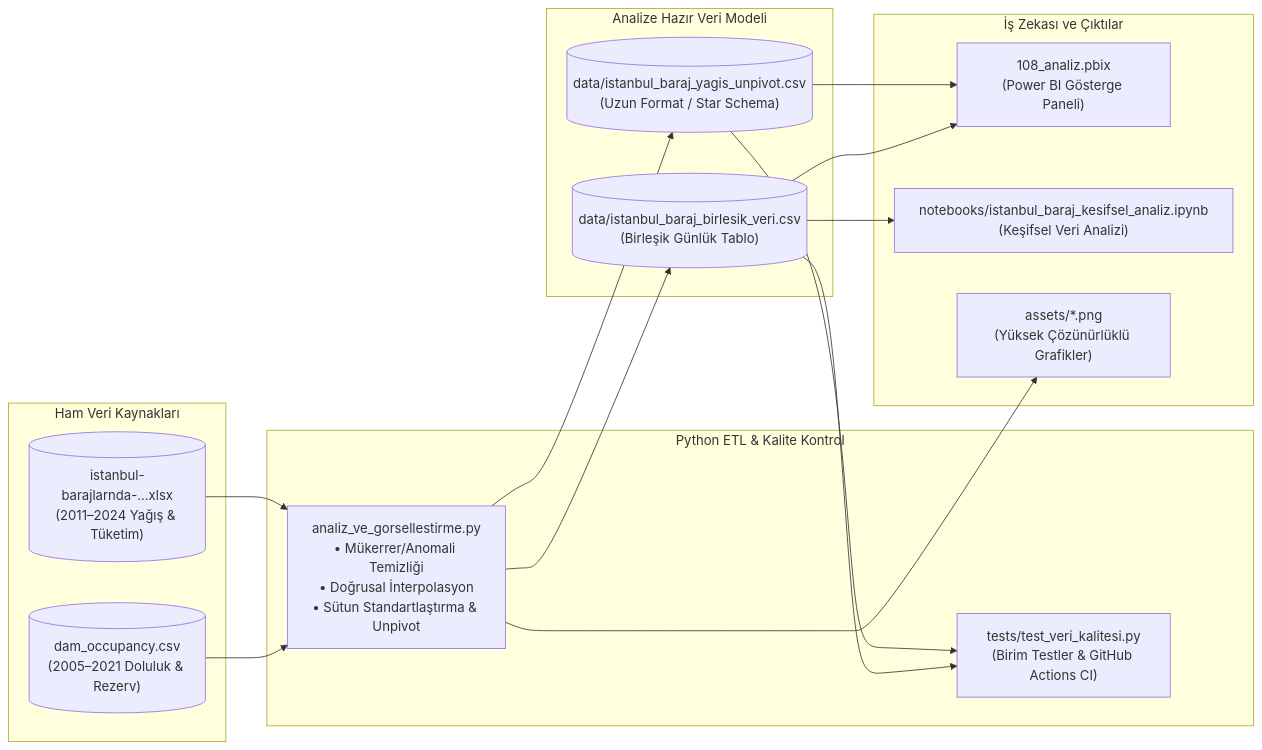
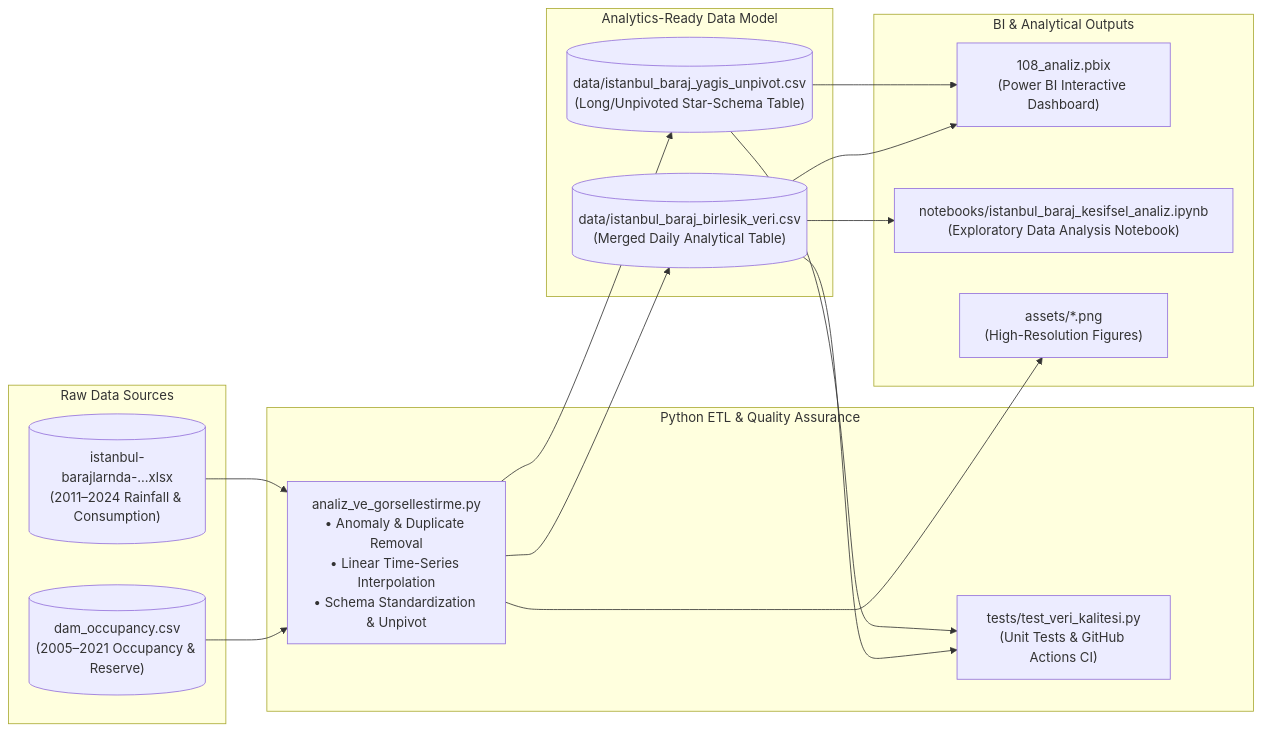
Before and after one commit to Uguravsar75/istanbul-baraj-analizi: the diagram in README.md, drawn with Mermaid. The commit also changed other lines of this file and 12 other files, not shown here.

Commit message:
docs: convert documentation, charts, EDA notebook, and code comments to English (with bilingual README support)

````diff
--- a/README.md
+++ b/README.md
@@ -38,34 +40,34 @@
 ```mermaid
 flowchart LR
-    subgraph Ham Veri Kaynakları
-        A[("dam_occupancy.csv\n(2005–2021 Doluluk & Rezerv)")]
-        B[("istanbul-barajlarnda-...xlsx\n(2011–2024 Yağış & Tüketim)")]
+    subgraph Raw Data Sources
+        A[("dam_occupancy.csv\n(2005–2021 Occupancy & Reserve)")]
+        B[("istanbul-barajlarnda-...xlsx\n(2011–2024 Rainfall & Consumption)")]
     end
 
-    subgraph Python ETL & Kalite Kontrol
-        C["analiz_ve_gorsellestirme.py\n• Mükerrer/Anomali Temizliği\n• Doğrusal İnterpolasyon\n• Sütun Standartlaştırma & Unpivot"]
-        T["tests/test_veri_kalitesi.py\n(Birim Testler & GitHub Actions CI)"]
+    subgraph Python ETL & Quality Assurance
+        C["analiz_ve_gorsellestirme.py\n• Anomaly & Duplicate Removal\n• Linear Time-Series Interpolation\n• Schema Standardization & Unpivot"]
+        T["tests/test_veri_kalitesi.py\n(Unit Tests & GitHub Actions CI)"]
     end
 
-    subgraph Analize Hazır Veri Modeli
-        D[("data/istanbul_baraj_birlesik_veri.csv\n(Birleşik Günlük Tablo)")]
-        E[("data/istanbul_baraj_yagis_unpivot.csv\n(Uzun Format / Star Schema)")]
+    subgraph Analytics-Ready Data Model
+        D[("data/istanbul_baraj_birlesik_veri.csv\n(Merged Daily Analytical Table)")]
+        E[("data/istanbul_baraj_yagis_unpivot.csv\n(Long/Unpivoted Star-Schema Table)")]
     end
 
-    subgraph İş Zekası ve Çıktılar
-        F["108_analiz.pbix\n(Power BI Gösterge Paneli)"]
-        G["notebooks/istanbul_baraj_kesifsel_analiz.ipynb\n(Keşifsel Veri Analizi)"]
-        H["assets/*.png\n(Yüksek Çözünürlüklü Grafikler)"]
+    subgraph BI & Analytical Outputs
+        F["108_analiz.pbix\n(Power BI Interactive Dashboard)"]
+        G["notebooks/istanbul_baraj_kesifsel_analiz.ipynb\n(Exploratory Data Analysis Notebook)"]
+        H["assets/*.png\n(High-Resolution Figures)"]
     end
 
     A --> C
     B --> C
     C --> D
     C --> E
     C --> H
     D --> T
     E --> T
     D --> F
     E --> F
     D --> G
 ```
````
